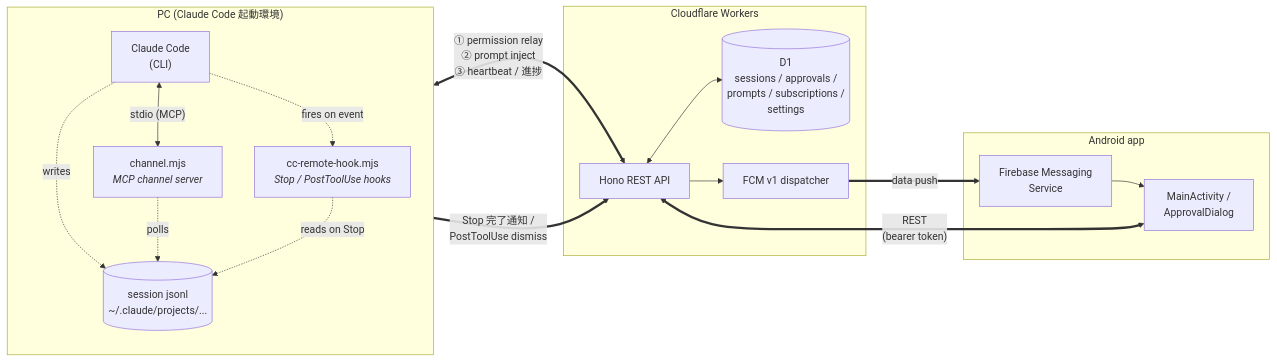
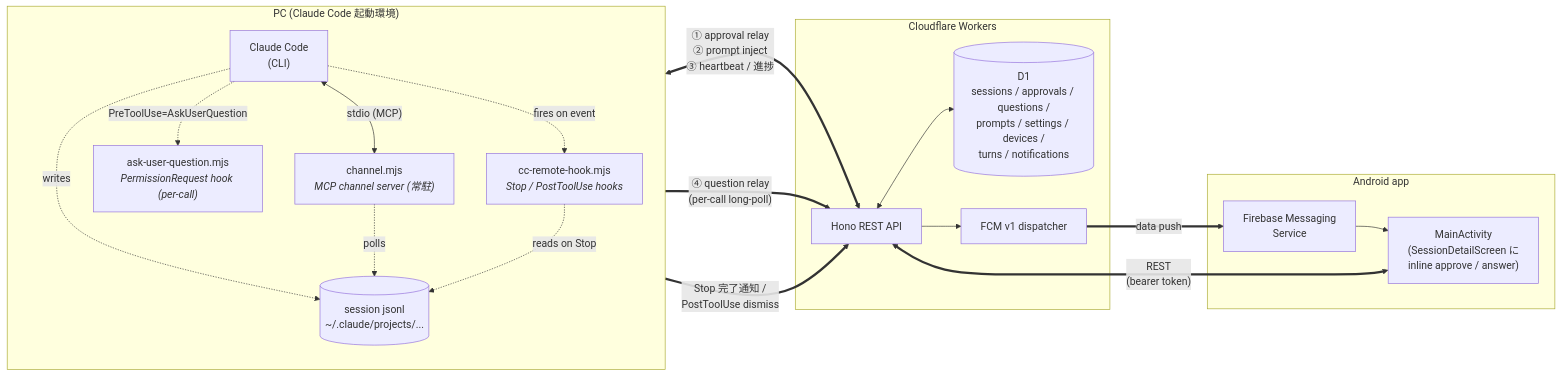
One commit to tachibanayu24/claude-code-remote changed the first of 2 diagrams in README.md. Above: the diagram before and after it, drawn with Mermaid. The commit also changed other lines of this file and 3 other files, not shown here.

Commit message:
docs: AskUserQuestion 込みの最新状態に全面更新 — README に question relay と PermissionRequest hook 経路を追加、handover.md を migration 0016 / Phase 4 完了で refresh、CLAUDE.md にドメイン用語表 (approval / question / interaction の使い分け) を追加、docs/architecture.md を新規作成しモジュール責務マップ + 4 経路のデータフロー + 拡張ガイド + 用語集を 1 ファイルにまとめる

````diff
--- a/README.md
+++ b/README.md
@@ -9,34 +9,37 @@
 ```mermaid
 flowchart LR
   subgraph PC["PC (Claude Code 起動環境)"]
     direction TB
     CC["Claude Code<br/>(CLI)"]
-    CH["channel.mjs<br/><i>MCP channel server</i>"]
+    CH["channel.mjs<br/><i>MCP channel server (常駐)</i>"]
+    AQ["ask-user-question.mjs<br/><i>PermissionRequest hook (per-call)</i>"]
     HK["cc-remote-hook.mjs<br/><i>Stop / PostToolUse hooks</i>"]
     JSONL[("session jsonl<br/>~/.claude/projects/...")]
     CC <-->|"stdio (MCP)"| CH
+    CC -. "PreToolUse=AskUserQuestion" .-> AQ
     CC -. "fires on event" .-> HK
     CC -.->|"writes"| JSONL
     CH -.->|"polls"| JSONL
     HK -.->|"reads on Stop"| JSONL
   end
 
   subgraph CLOUD["Cloudflare Workers"]
     API["Hono REST API"]
-    D1[("D1<br/>sessions / approvals /<br/>prompts / subscriptions /<br/>settings")]
+    D1[("D1<br/>sessions / approvals / questions /<br/>prompts / settings / devices /<br/>turns / notifications")]
     FCM["FCM v1 dispatcher"]
     API <--> D1
     API --> FCM
   end
 
   subgraph PHONE["Android app"]
-    UI["MainActivity /<br/>ApprovalDialog"]
+    UI["MainActivity<br/>(SessionDetailScreen に<br/>inline approve / answer)"]
     SVC["Firebase Messaging<br/>Service"]
     SVC --> UI
   end
 
-  CH <==>|"① permission relay<br/>② prompt inject<br/>③ heartbeat / 進捗"| API
+  CH <==>|"① approval relay<br/>② prompt inject<br/>③ heartbeat / 進捗"| API
+  AQ ==>|"④ question relay<br/>(per-call long-poll)"| API
   HK ==>|"Stop 完了通知 /<br/>PostToolUse dismiss"| API
   UI <==>|"REST<br/>(bearer token)"| API
   FCM ==>|"data push"| SVC
 ```
````
